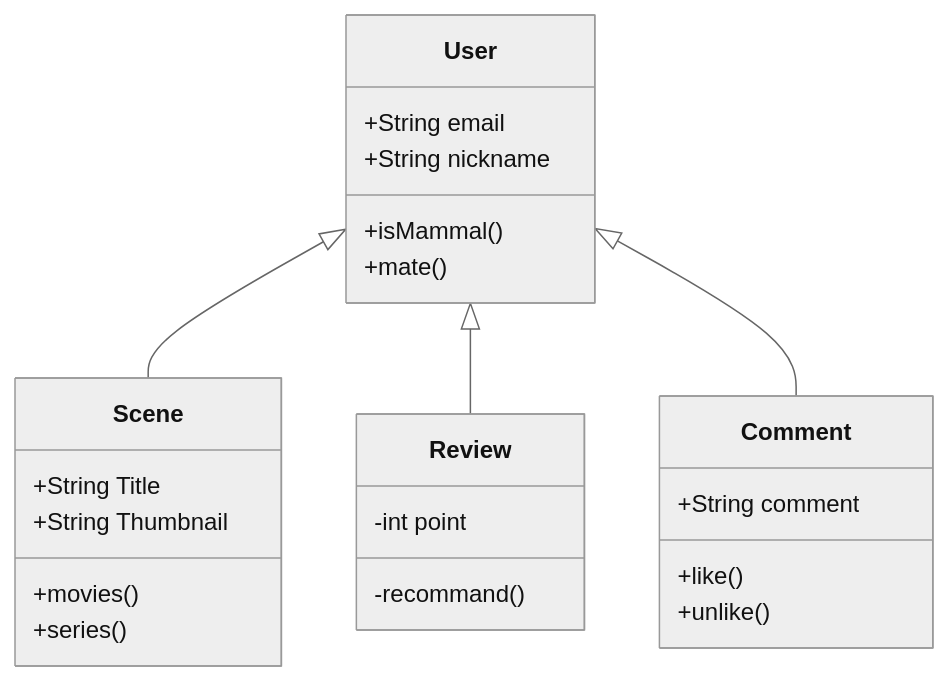
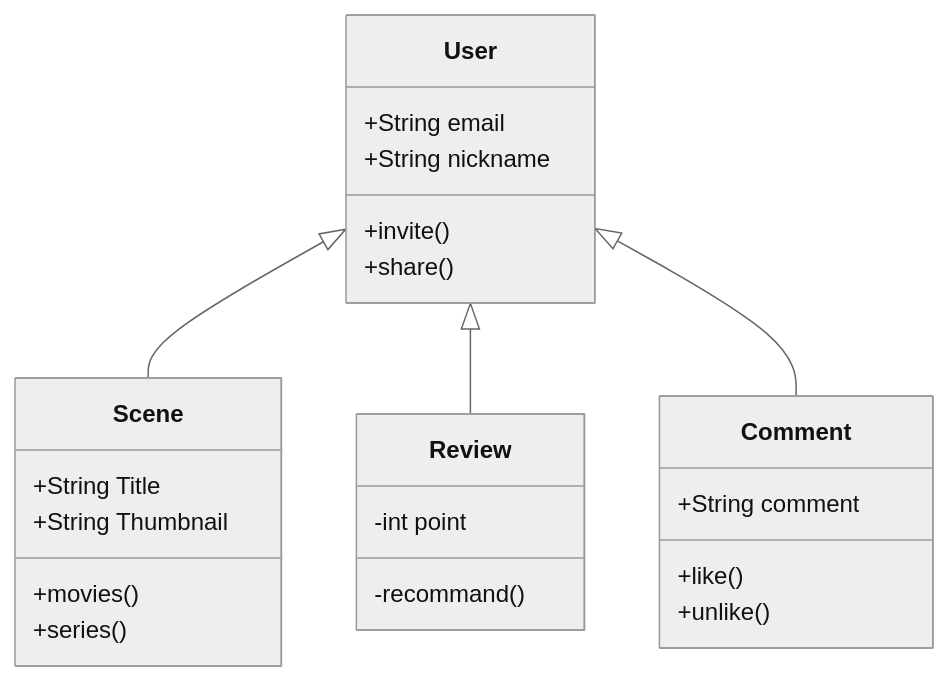
The diagram in Backend/README.md (roslyndev/PortfolioV2), drawn with Mermaid (neutral theme) before and after one commit. The commit also changed other lines of this file and 1 other file, not shown here.

````diff
--- a/Backend/README.md
+++ b/Backend/README.md
@@ -8,25 +8,25 @@
 ```mermaid
 classDiagram
     User <|-- Scene
     User <|-- Review
     User <|-- Comment
     User : +String email
     User : +String nickname
-    User: +isMammal()
-    User: +mate()
+    User: +invite()
+    User: +share()
     class Scene{
       +String Title
       +String Thumbnail
       +movies()
       +series()
     }
     class Review{
       -int point
       -recommand()
     }
     class Comment{
       +String comment
       +like()
       +unlike()
     }
 ```
````
